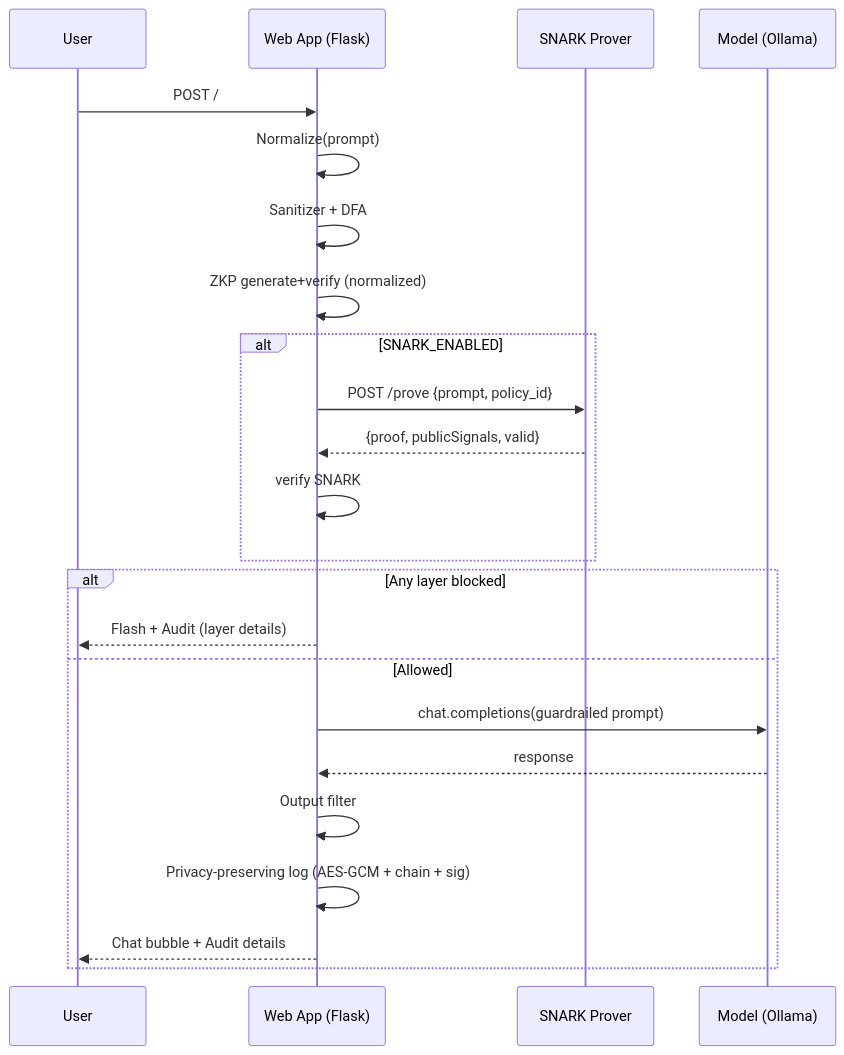
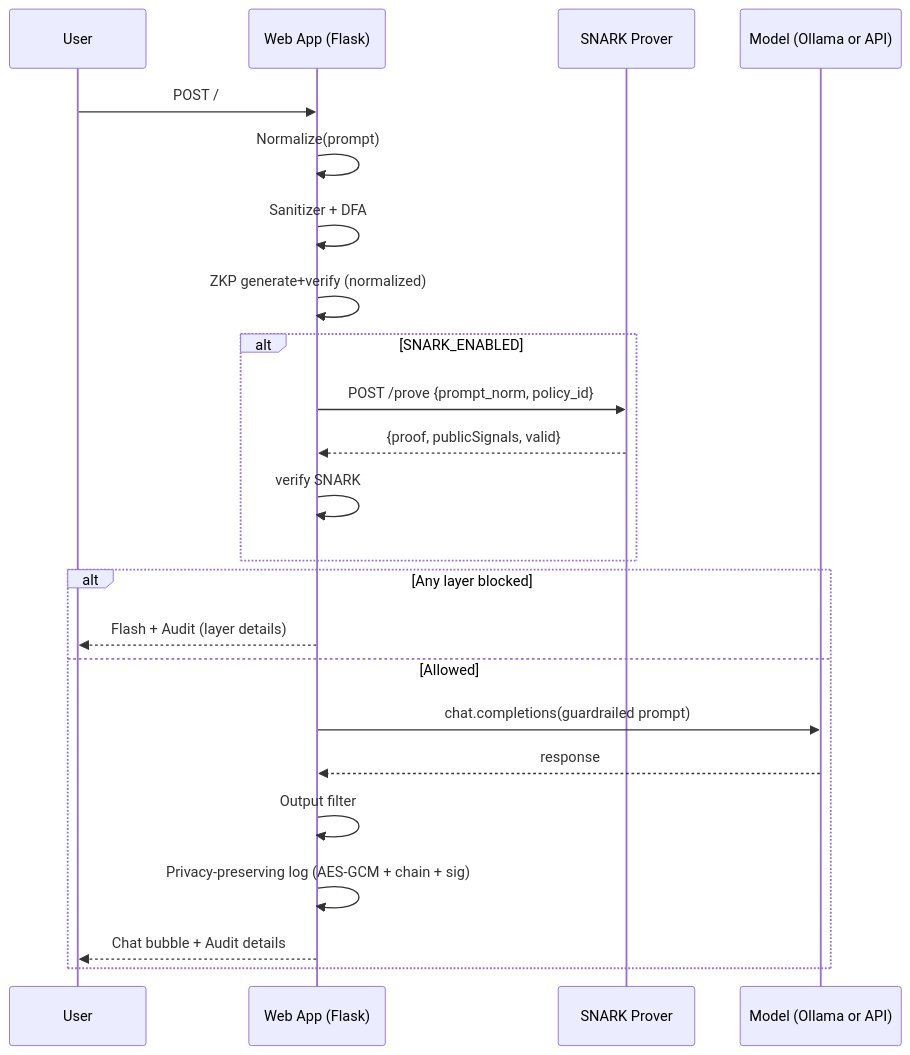
Before and after one commit to TakudzwaChoto/zkp-snarks: the second of 2 diagrams in README.md, drawn with Mermaid. The commit also changed other lines of this file and 8 other files, not shown here.

````diff
--- a/README.md
+++ b/README.md
@@ -97,25 +50,25 @@
 ```mermaid
 sequenceDiagram
   participant U as User
   participant W as Web App (Flask)
   participant P as SNARK Prover
-  participant M as Model (Ollama)
+  participant M as Model (Ollama or API)
   U->>W: POST /
   W->>W: Normalize(prompt)
   W->>W: Sanitizer + DFA
   W->>W: ZKP generate+verify (normalized)
   alt SNARK_ENABLED
-    W->>P: POST /prove {prompt, policy_id}
+    W->>P: POST /prove {prompt_norm, policy_id}
     P-->>W: {proof, publicSignals, valid}
     W->>W: verify SNARK
   end
   alt Any layer blocked
     W-->>U: Flash + Audit (layer details)
   else Allowed
     W->>M: chat.completions(guardrailed prompt)
     M-->>W: response
     W->>W: Output filter
     W->>W: Privacy‑preserving log (AES‑GCM + chain + sig)
     W-->>U: Chat bubble + Audit details
   end
 ```
````
